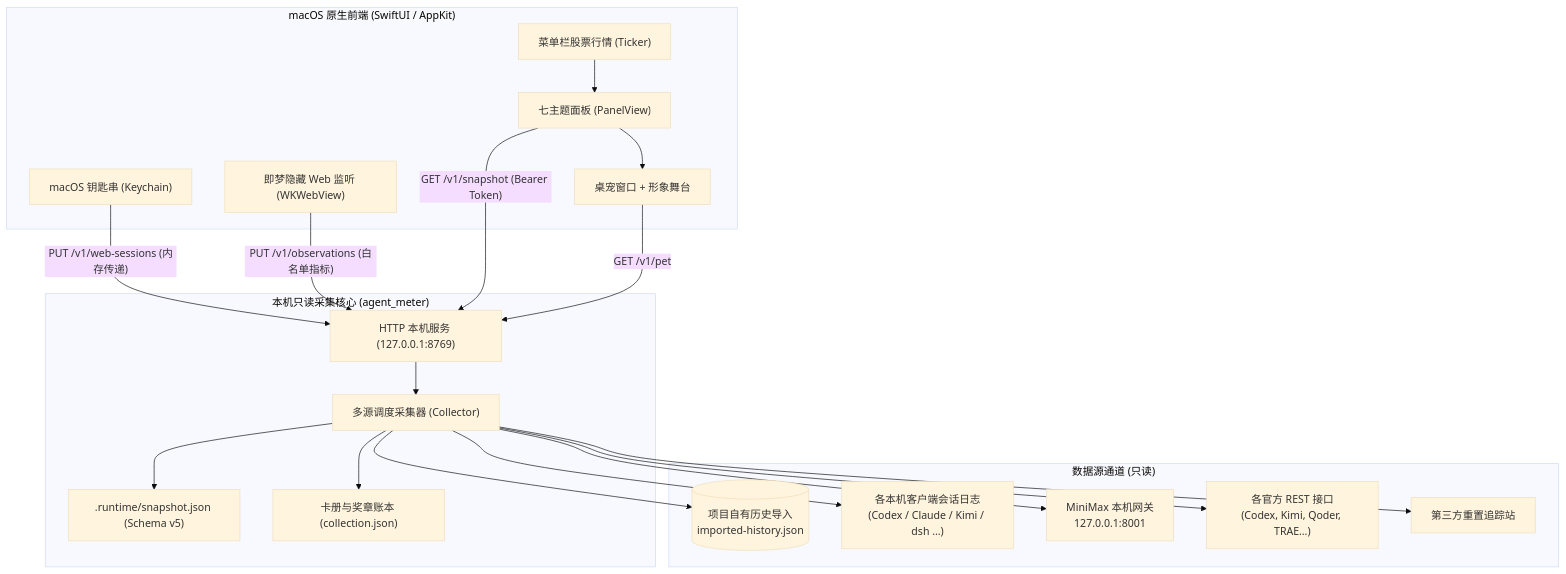
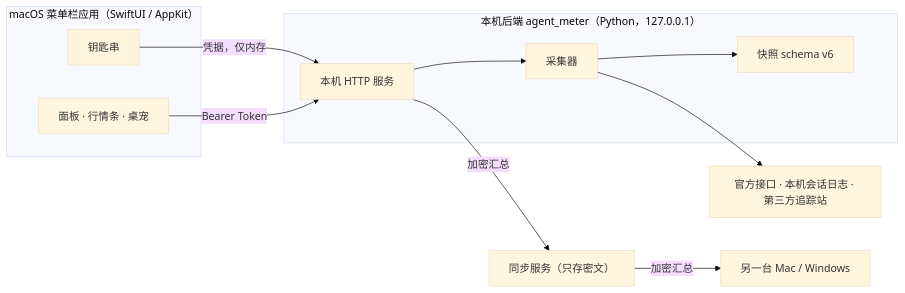
One commit to Gary23333/agent-meter changed the diagram in README.md. Above: the diagram before and after it, drawn with Mermaid (base theme). The commit also changed other lines of this file and 1 other file, not shown here.

````diff
--- a/README.md
+++ b/README.md
@@ -282,40 +166,22 @@
 ```mermaid
-flowchart TD
-    subgraph macOS UI ["macOS 原生前端 (SwiftUI / AppKit)"]
-        MB["菜单栏股票行情 (Ticker)"]
-        PN["七主题面板 (PanelView)"]
-        PET["桌宠窗口 + 形象舞台"]
-        KC["macOS 钥匙串 (Keychain)"]
-        WV["即梦隐藏 Web 监听 (WKWebView)"]
+flowchart LR
+    subgraph App["macOS 菜单栏应用（SwiftUI / AppKit）"]
+        UI["面板 · 行情条 · 桌宠"]
+        KC["钥匙串"]
     end
+    subgraph Core["本机后端 agent_meter（Python，127.0.0.1）"]
+        SRV["本机 HTTP 服务"]
+        COLL["采集器"]
+        SNAP["快照 schema v6"]
+    end
+    SRC["官方接口 · 本机会话日志 · 第三方追踪站"]
+    SYNC["同步服务（只存密文）"]
+    OTHER["另一台 Mac / Windows"]
 
-    subgraph Core ["本机只读采集核心 (agent_meter)"]
-        SRV["HTTP 本机服务 (127.0.0.1:8769)"]
-        COLL["多源调度采集器 (Collector)"]
-        SNAP[".runtime/snapshot.json (Schema v5)"]
-        CARD["卡册与奖章账本 (collection.json)"]
-    end
-
-    subgraph Sources ["数据源通道 (只读)"]
-        S_HIST[("项目自有历史导入\nimported-history.json")]
-        S_LOG["各本机客户端会话日志\n(Codex / Claude / Kimi / dsh …)"]
-        S_GW["MiniMax 本机网关\n127.0.0.1:8001"]
-        S_NET["各官方 REST 接口\n(Codex, Kimi, Qoder, TRAE…)"]
-        S_3RD["第三方重置追踪站"]
-    end
-
-    MB --> PN
-    PN --> PET
-    KC --"PUT /v1/web-sessions (内存传递)"--> SRV
-    WV --"PUT /v1/observations (白名单指标)"--> SRV
-    PN --"GET /v1/snapshot (Bearer Token)"--> SRV
-    PET --"GET /v1/pet"--> SRV
-    SRV --> COLL
-    COLL --> S_HIST
-    COLL --> S_LOG
-    COLL --> S_GW
-    COLL --> S_NET
-    COLL --> S_3RD
+    KC -- "凭据，仅内存" --> SRV
+    UI -- "Bearer Token" --> SRV
+    SRV --> COLL --> SRC
     COLL --> SNAP
-    COLL --> CARD
+    SRV -- "加密汇总" --> SYNC
+    SYNC -- "加密汇总" --> OTHER
 ```
````
